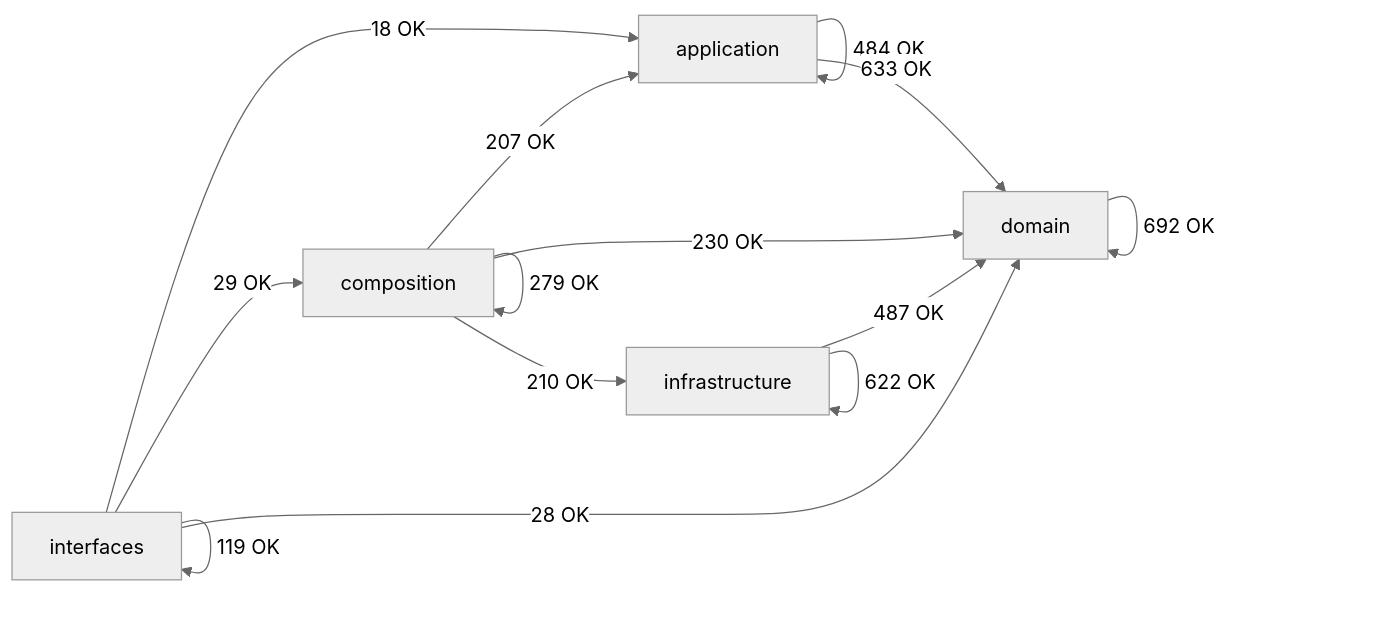
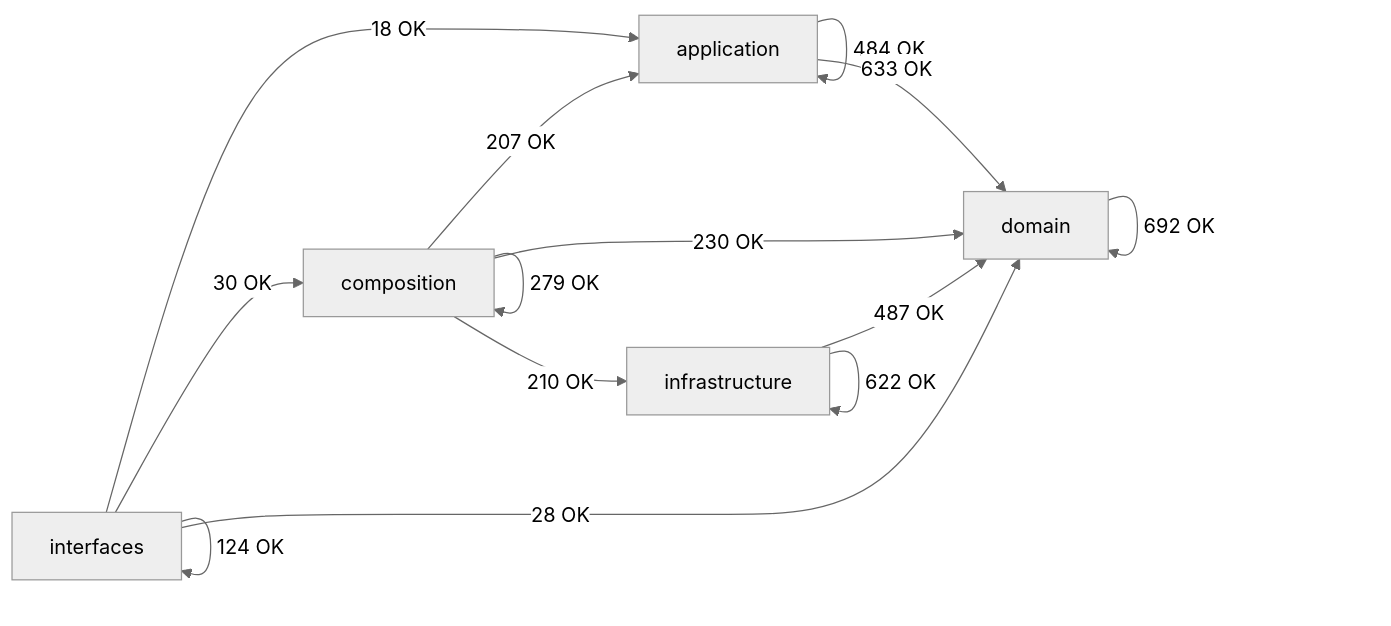
Before and after one commit to SatoryKono/BioactivityDataAcquisition: the diagram in docs/02-architecture/generated/module-dependency-map.md, drawn with Mermaid (neutral theme). The commit also changed other lines of this file and 23 other files, not shown here.

````diff
--- a/docs/02-architecture/generated/module-dependency-map.md
+++ b/docs/02-architecture/generated/module-dependency-map.md
@@ -16,21 +16,21 @@
 ```mermaid
 flowchart LR
     domain[domain]
     application[application]
     infrastructure[infrastructure]
     composition[composition]
     interfaces[interfaces]
     application -->|484 OK| application
     application -->|633 OK| domain
     composition -->|207 OK| application
     composition -->|279 OK| composition
     composition -->|230 OK| domain
     composition -->|210 OK| infrastructure
     domain -->|692 OK| domain
     infrastructure -->|487 OK| domain
     infrastructure -->|622 OK| infrastructure
     interfaces -->|18 OK| application
-    interfaces -->|29 OK| composition
+    interfaces -->|30 OK| composition
     interfaces -->|28 OK| domain
-    interfaces -->|119 OK| interfaces
+    interfaces -->|124 OK| interfaces
 ```
````
